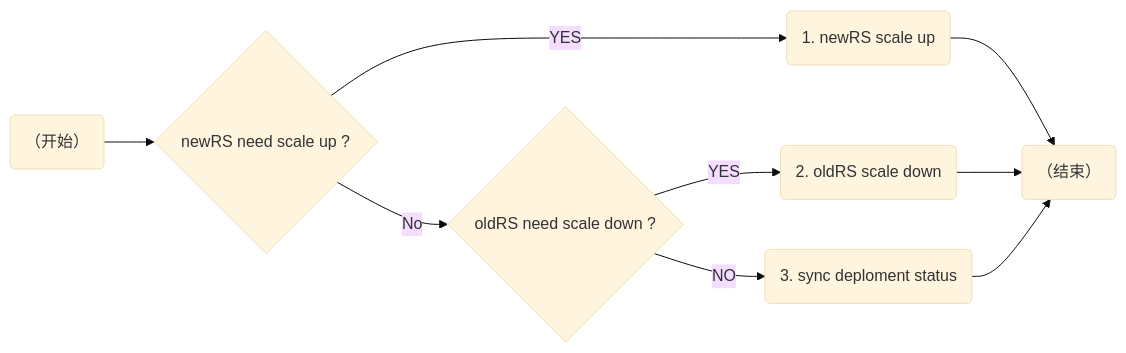
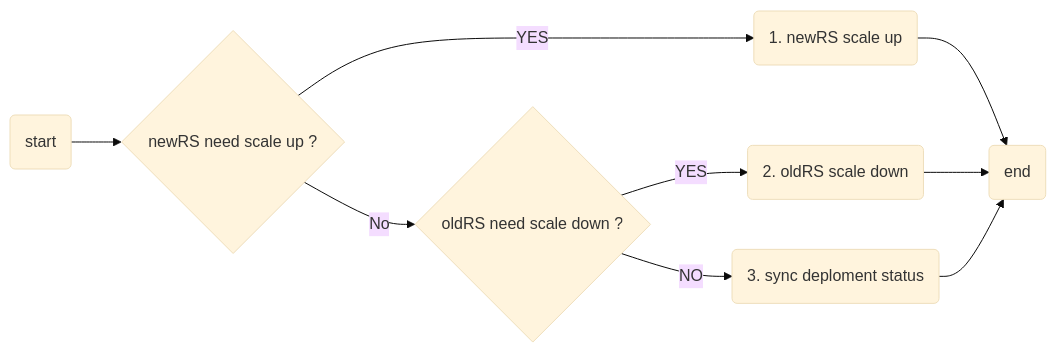
The first of 2 diagrams in content/docs/kubernetes/kube-controller-manager/k8s-apps-rolling-update.md (howieyuen/howieyuen.github.io), drawn with Mermaid (base theme) before and after one commit.

Commit message:
bugfix: mermaid syntax error

```diff
--- a/content/docs/kubernetes/kube-controller-manager/k8s-apps-rolling-update.md
+++ b/content/docs/kubernetes/kube-controller-manager/k8s-apps-rolling-update.md
@@ -93,11 +93,11 @@
 {{< mermaid >}}
 graph LR
-    start(（开始）) --> condtion1{newRS need scale up ?}
+    start(start) --> condtion1{newRS need scale up ?}
     condtion1 -- No --> condtion2{oldRS need scale down ?}
     condtion2 -- NO --> x3(3. sync deploment status)
     condtion1 -- YES --> x1(1. newRS scale up)
-    x1 --> stop(（结束）)
+    x1 --> stop(end)
     condtion2 -- YES --> x2(2. oldRS scale down)
     x2 --> stop
     x3 --> stop
 {{< /mermaid >}}
```
